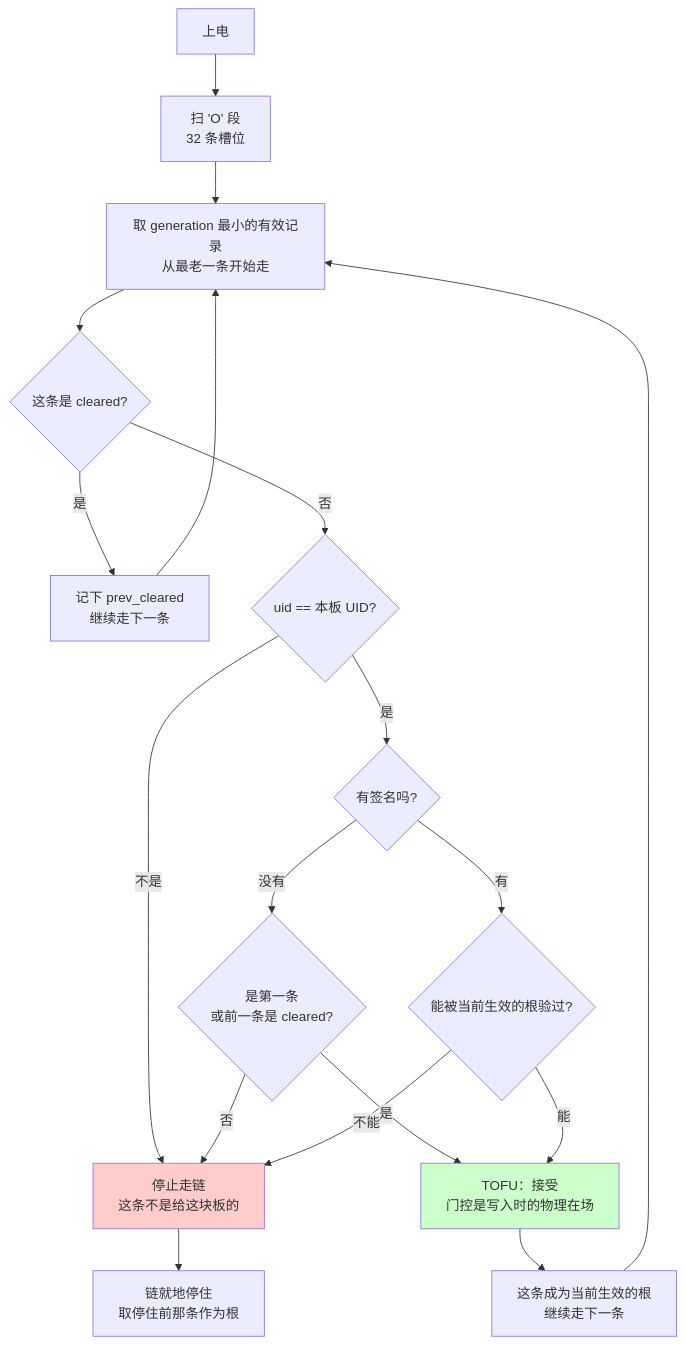
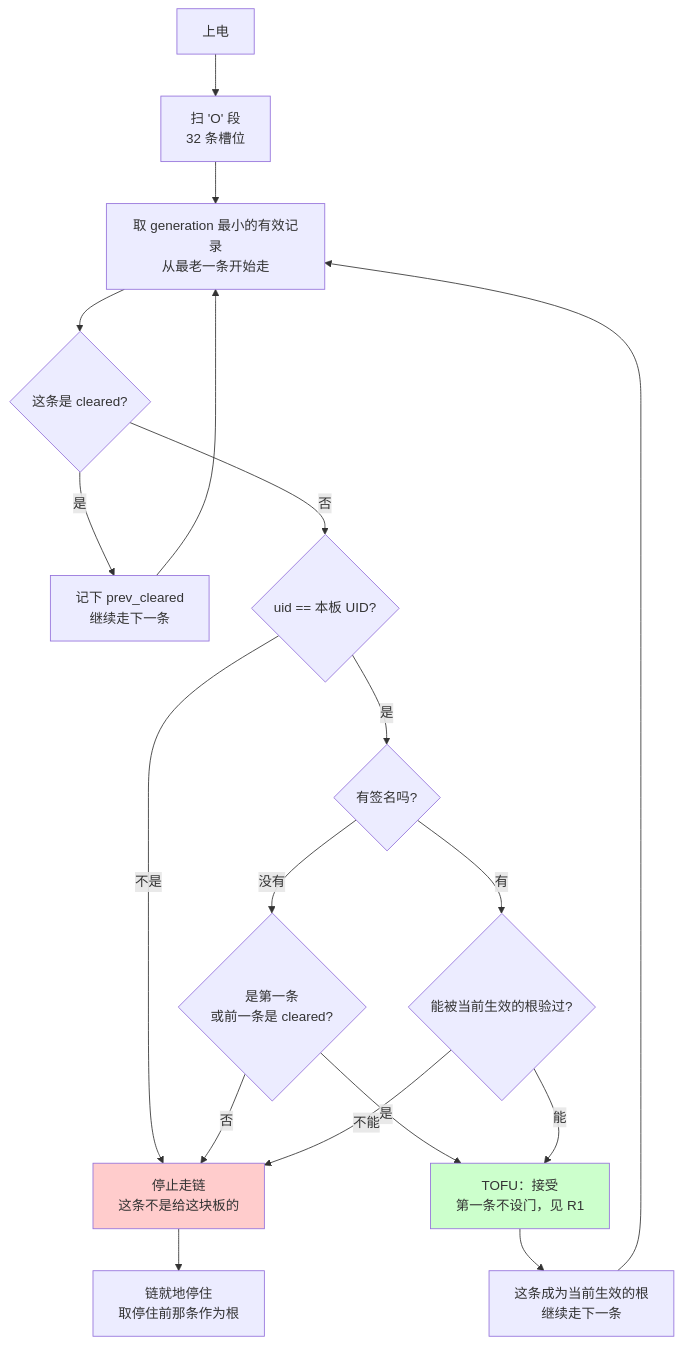
One commit to haliboteda/OpenPLC_Docs changed the fourth of 5 diagrams in docs/modules/M2-ownership.md. Above: the diagram before and after it, drawn with Mermaid. The commit also changed other lines of this file and 18 other files, not shown here.

````diff
--- a/docs/modules/M2-ownership.md
+++ b/docs/modules/M2-ownership.md
@@ -203,23 +199,23 @@
 ```mermaid
 flowchart TD
     A[上电] --> B[扫 'O' 段<br/>32 条槽位]
     B --> C[取 generation 最小的有效记录<br/>从最老一条开始走]
     C --> D{这条是 cleared?}
     D -->|是| E[记下 prev_cleared<br/>继续走下一条]
     D -->|否| F{uid == 本板 UID?}
     F -->|不是| G[停止走链<br/>这条不是给这块板的]
     F -->|是| H{有签名吗?}
     H -->|没有| I{是第一条<br/>或前一条是 cleared?}
-    I -->|是| J[TOFU：接受<br/>门控是写入时的物理在场]
+    I -->|是| J[TOFU：接受<br/>第一条不设门，见 R1]
     I -->|否| G
     H -->|有| K{能被当前生效的根验过?}
     K -->|不能| G
     K -->|能| J
     J --> L[这条成为当前生效的根<br/>继续走下一条]
     E --> C
     L --> C
     G --> M[链就地停住<br/>取停住前那条作为根]
 
     style G fill:#ffcccc
     style J fill:#ccffcc
 ```
````
